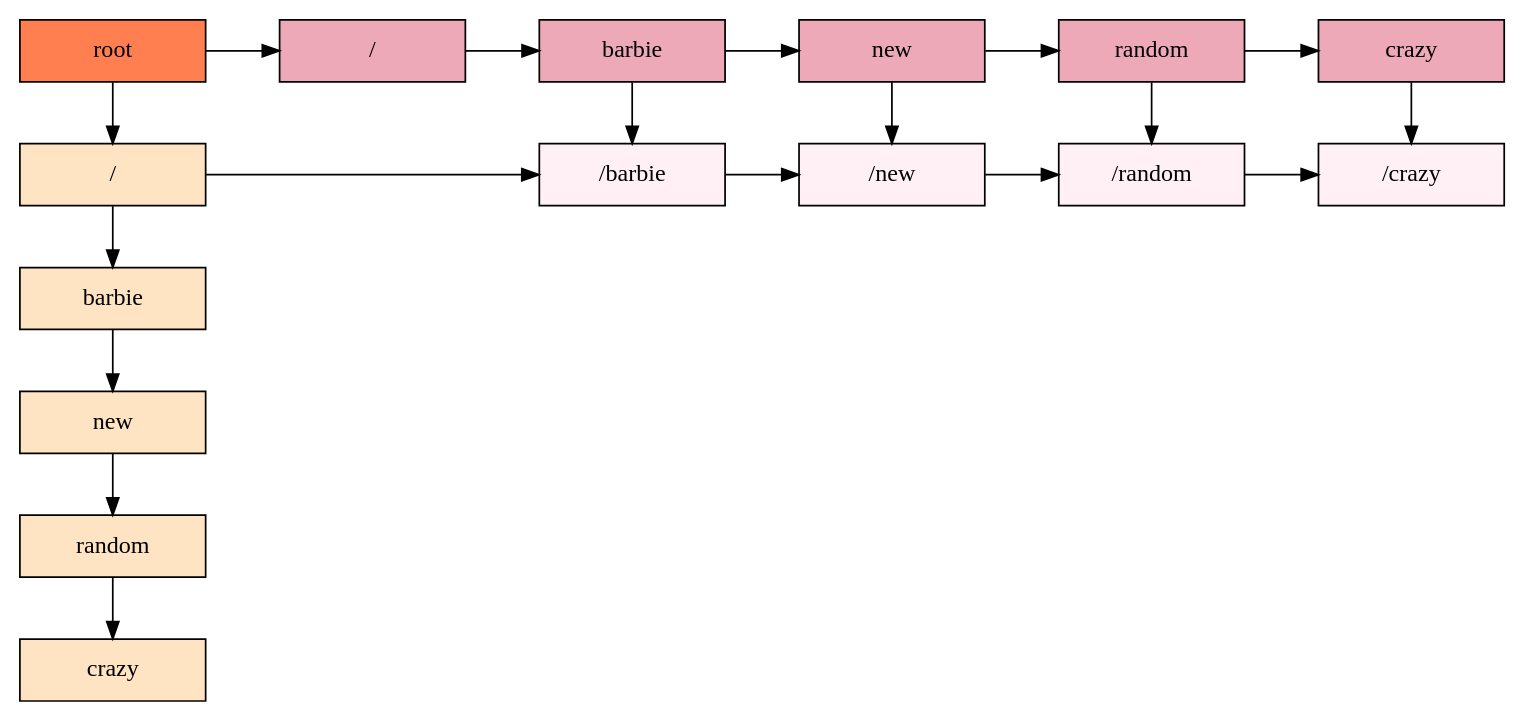
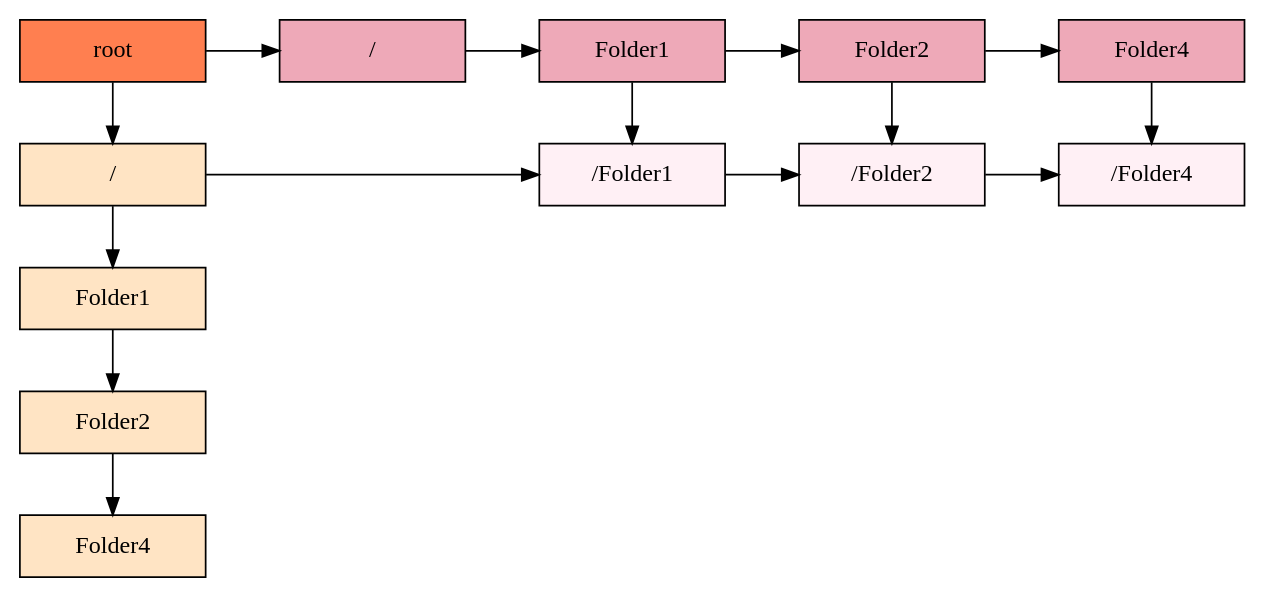
The diagram in Reports/MatrizAdy.dot (JPineda12/EDD_2S2019_PY2_201404405), drawn with Graphviz before and after one commit. The commit also changed 34 other files, not shown here.

```diff
--- a/Reports/MatrizAdy.dot
+++ b/Reports/MatrizAdy.dot
@@ -1,77 +1,65 @@
 digraph Matrix{
     node [shape=box]
     graph [ranksep="0.5", nodesep="0.6"];
     /* Group 0 para alinear verticalmente RAIZ*/ 
     root[label = "root", width = 1.5, style = filled, fillcolor = coral, group = 0];
 
     //Filas
     Fila0 [label = "/" width = 1.5 style = filled, fillcolor = bisque1, group = 0];
-    Fila1 [label = "barbie" width = 1.5 style = filled, fillcolor = bisque1, group = 0];
-    Fila2 [label = "new" width = 1.5 style = filled, fillcolor = bisque1, group = 0];
-    Fila3 [label = "random" width = 1.5 style = filled, fillcolor = bisque1, group = 0];
-    Fila4 [label = "crazy" width = 1.5 style = filled, fillcolor = bisque1, group = 0];
+    Fila1 [label = "Folder1" width = 1.5 style = filled, fillcolor = bisque1, group = 0];
+    Fila2 [label = "Folder2" width = 1.5 style = filled, fillcolor = bisque1, group = 0];
+    Fila3 [label = "Folder4" width = 1.5 style = filled, fillcolor = bisque1, group = 0];
 
   //Enlaces de filas
     Fila0->Fila1
     Fila1->Fila2
     Fila2->Fila3
-    Fila3->Fila4
 
   //Columnas
     Column0[label ="/" width = 1.5 style = filled, fillcolor = pink2, group = 1];
-    Column1[label ="barbie" width = 1.5 style = filled, fillcolor = pink2, group = 2];
-    Column2[label ="new" width = 1.5 style = filled, fillcolor = pink2, group = 3];
-    Column3[label ="random" width = 1.5 style = filled, fillcolor = pink2, group = 4];
-    Column4[label ="crazy" width = 1.5 style = filled, fillcolor = pink2, group = 5];
+    Column1[label ="Folder1" width = 1.5 style = filled, fillcolor = pink2, group = 2];
+    Column2[label ="Folder2" width = 1.5 style = filled, fillcolor = pink2, group = 3];
+    Column3[label ="Folder4" width = 1.5 style = filled, fillcolor = pink2, group = 4];
 
 
     //Enlaces de columnas
     Column0->Column1
     Column1->Column2
     Column2->Column3
-    Column3->Column4
 
   //Alinear Raiz con columnas
-    {rank = same; root; Column0; Column1; Column2; Column3; Column4;};
+    {rank = same; root; Column0; Column1; Column2; Column3;};
 
       //Enlaces Raiz con primera fila y column
     root->Column0;
     root->Fila0;
     //(^<---------------------- F I L A   0---------------------->
-    N1_F0 [label = "/barbie" width = 1.5 group = 2 style = filled, fillcolor = lavenderblush1];
-    N2_F0 [label = "/new" width = 1.5 group = 3 style = filled, fillcolor = lavenderblush1];
-    N3_F0 [label = "/random" width = 1.5 group = 4 style = filled, fillcolor = lavenderblush1];
-    N4_F0 [label = "/crazy" width = 1.5 group = 5 style = filled, fillcolor = lavenderblush1];
+    N1_F0 [label = "/Folder1" width = 1.5 group = 2 style = filled, fillcolor = lavenderblush1];
+    N2_F0 [label = "/Folder2" width = 1.5 group = 3 style = filled, fillcolor = lavenderblush1];
+    N3_F0 [label = "/Folder4" width = 1.5 group = 4 style = filled, fillcolor = lavenderblush1];
 
     //(^<---------------------- F I L A   1---------------------->
 
     //(^<---------------------- F I L A   2---------------------->
 
     //(^<---------------------- F I L A   3---------------------->
-
-    //(^<---------------------- F I L A   4---------------------->
 
     //E N L A C E S  F I L A   0
     Column1->N1_F0;
     Fila0->N1_F0;
     N1_F0->N2_F0;
     Column2->N2_F0;
     N2_F0->N3_F0;
     Column3->N3_F0;
-    N3_F0->N4_F0;
-    Column4->N4_F0;
-    {rank = same; Fila0; N1_F0; N2_F0; N3_F0; N4_F0; };
+    {rank = same; Fila0; N1_F0; N2_F0; N3_F0; };
 
     //E N L A C E S  F I L A   1
     {rank = same; Fila1; };
 
     //E N L A C E S  F I L A   2
     {rank = same; Fila2; };
 
     //E N L A C E S  F I L A   3
     {rank = same; Fila3; };
 
-    //E N L A C E S  F I L A   4
-    {rank = same; Fila4; };
-
 }
```
